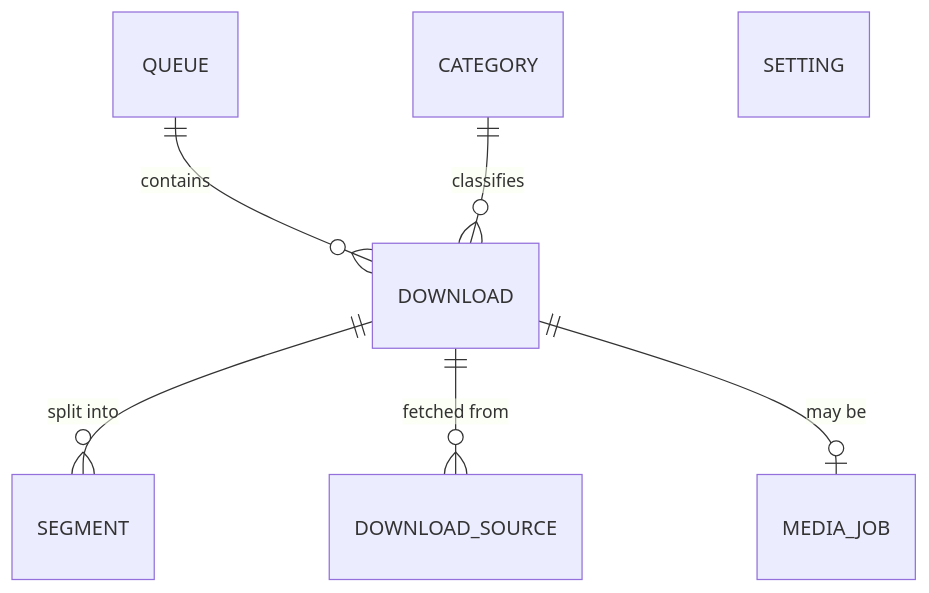
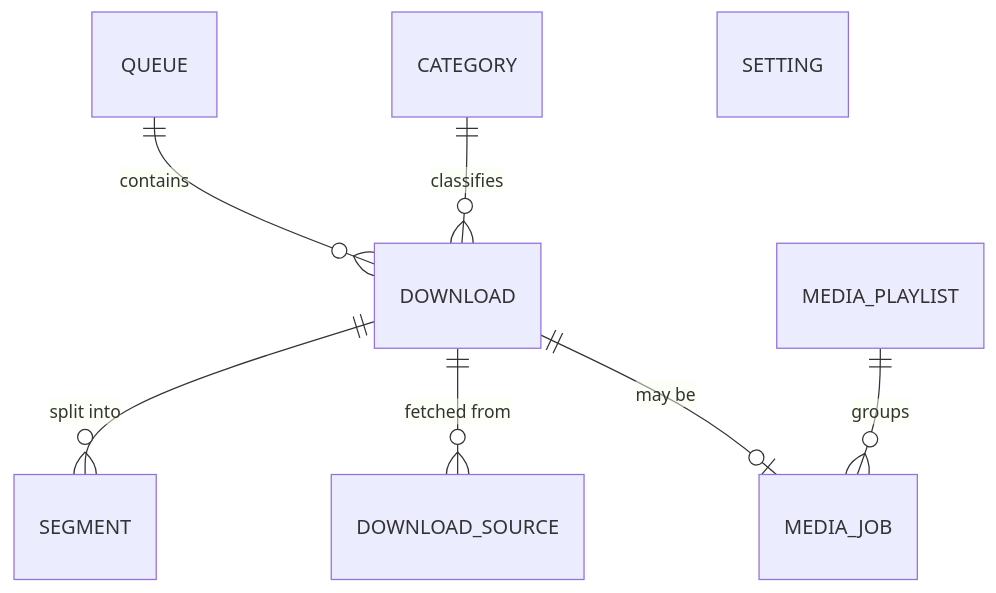
The third of 4 diagrams in docs/ARCHITECTURE.md (boltget/boltget), drawn with Mermaid before and after one commit. The commit also changed other lines of this file and 45 other files, not shown here.

````diff
--- a/docs/ARCHITECTURE.md
+++ b/docs/ARCHITECTURE.md
@@ -238,9 +238,10 @@
 ```mermaid
 erDiagram
   QUEUE ||--o{ DOWNLOAD : contains
   CATEGORY ||--o{ DOWNLOAD : classifies
   DOWNLOAD ||--o{ SEGMENT : "split into"
   DOWNLOAD ||--o{ DOWNLOAD_SOURCE : "fetched from"
   DOWNLOAD ||--o| MEDIA_JOB : "may be"
+  MEDIA_PLAYLIST ||--o{ MEDIA_JOB : groups
   SETTING
 ```
````
